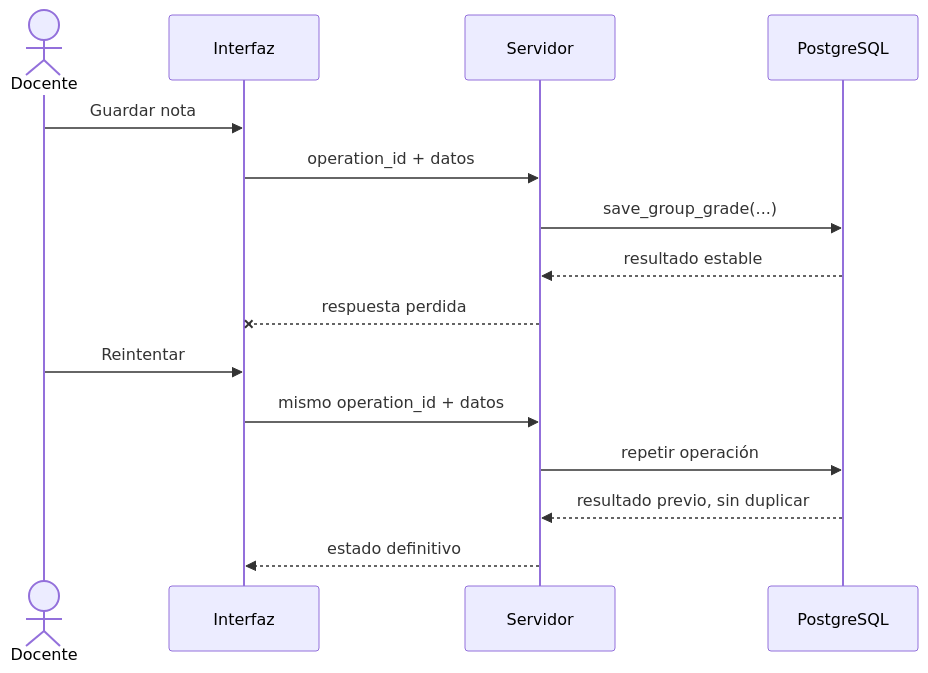
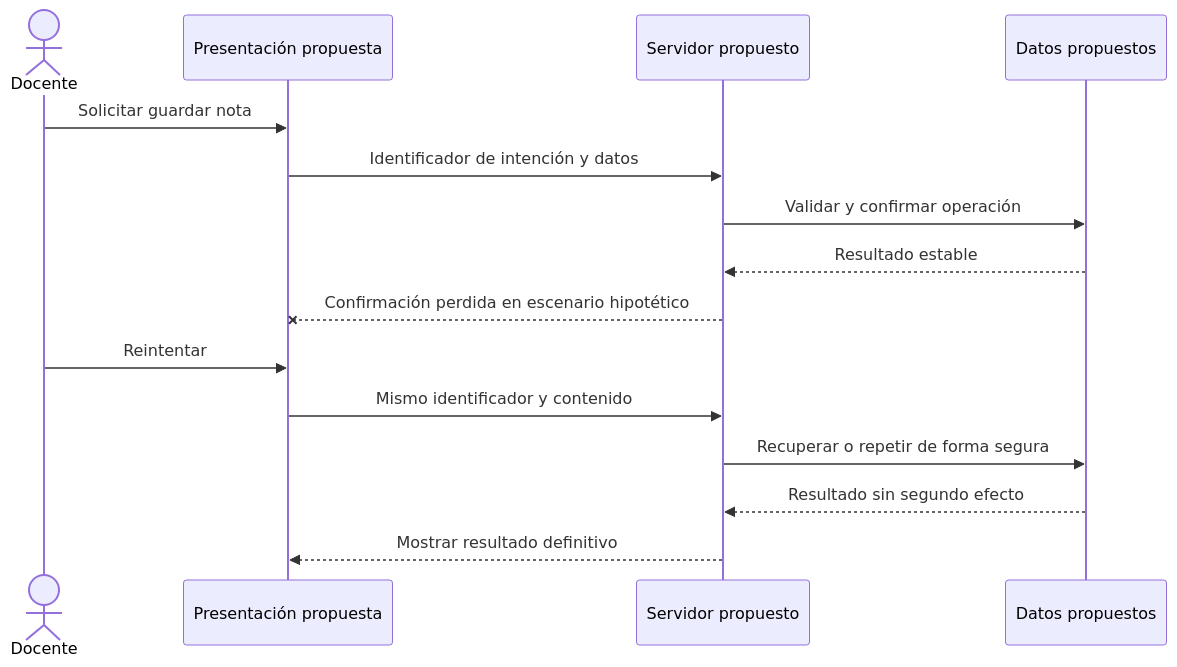
Before and after one commit to NickSalA/portfolio-course: the fourth of 4 diagrams in development/09-anexos.md, drawn with Mermaid. The commit also changed other lines of this file and 10 other files, not shown here.

````diff
--- a/development/09-anexos.md
+++ b/development/09-anexos.md
@@ -21,17 +80,17 @@
 ```mermaid
 sequenceDiagram
     actor D as Docente
-    participant UI as Interfaz
-    participant S as Servidor
-    participant DB as PostgreSQL
-    D->>UI: Guardar nota
-    UI->>S: operation_id + datos
-    S->>DB: save_group_grade(...)
-    DB-->>S: resultado estable
-    S--xUI: respuesta perdida
-    D->>UI: Reintentar
-    UI->>S: mismo operation_id + datos
-    S->>DB: repetir operación
-    DB-->>S: resultado previo, sin duplicar
-    S-->>UI: estado definitivo
+    participant P as Presentación propuesta
+    participant S as Servidor propuesto
+    participant B as Datos propuestos
+    D->>P: Solicitar guardar nota
+    P->>S: Identificador de intención y datos
+    S->>B: Validar y confirmar operación
+    B-->>S: Resultado estable
+    S--xP: Confirmación perdida en escenario hipotético
+    D->>P: Reintentar
+    P->>S: Mismo identificador y contenido
+    S->>B: Recuperar o repetir de forma segura
+    B-->>S: Resultado sin segundo efecto
+    S-->>P: Mostrar resultado definitivo
 ```
````
